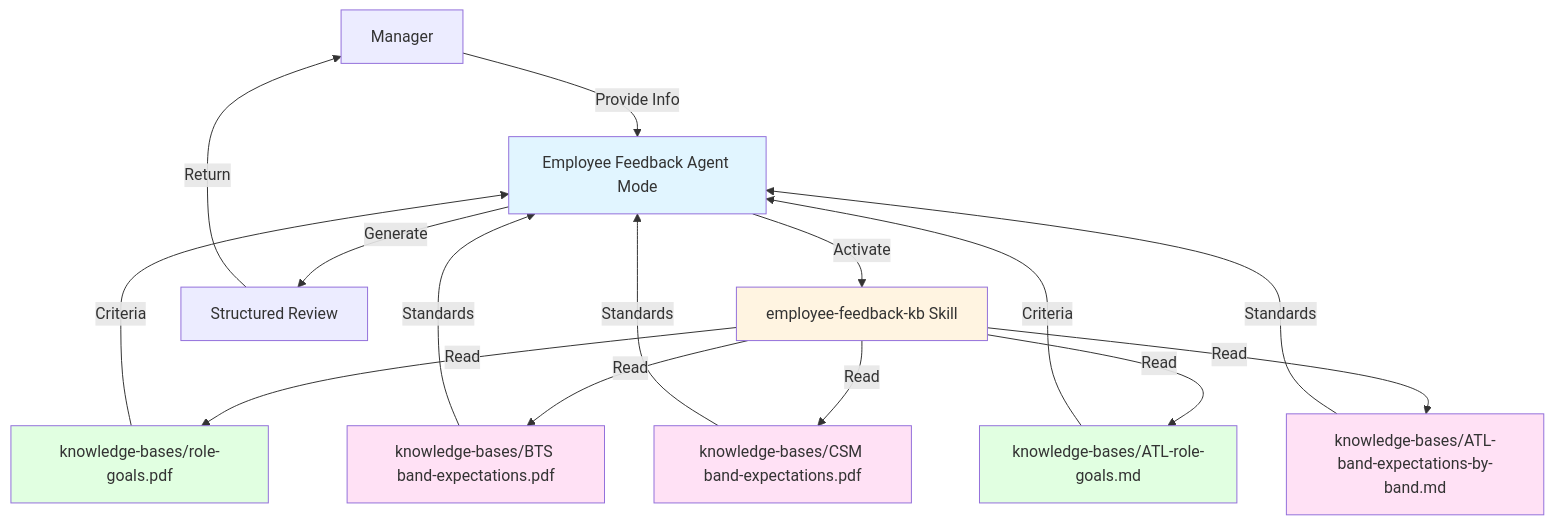
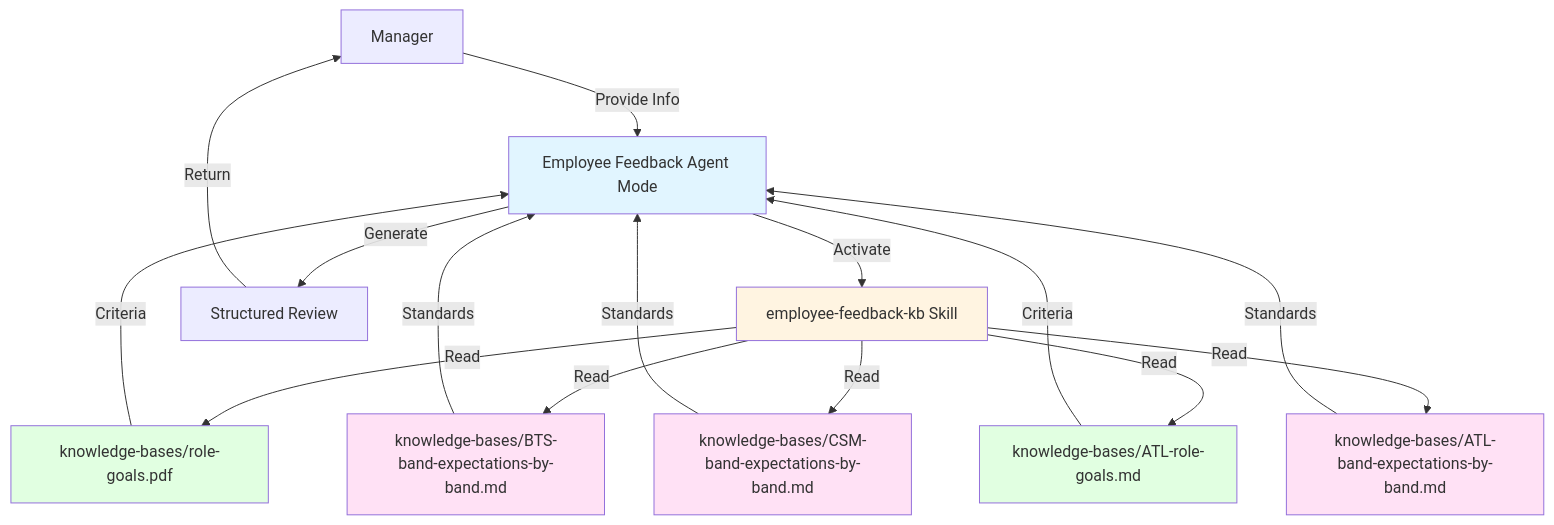
Before and after one commit to Tadanntlewis/employee-feedback-agent: the diagram in README.md, drawn with Mermaid. The commit also changed other lines of this file and 14 other files, not shown here.

Commit message:
Extract BTS and CSM band expectations by band; point mode, skill, WXO configs and docs at them

````diff
--- a/README.md
+++ b/README.md
@@ -42,25 +42,25 @@
 ```mermaid
 graph TB
     Manager[Manager] -->|Provide Info| Mode[Employee Feedback Agent Mode]
     Mode -->|Activate| Skill[employee-feedback-kb Skill]
     Skill -->|Read| RoleGoals[knowledge-bases/role-goals.pdf]
-    Skill -->|Read| BTSBand[knowledge-bases/BTS band-expectations.pdf]
-    Skill -->|Read| CSMBand[knowledge-bases/CSM band-expectations.pdf]
+    Skill -->|Read| BTSBand[knowledge-bases/BTS-band-expectations-by-band.md]
+    Skill -->|Read| CSMBand[knowledge-bases/CSM-band-expectations-by-band.md]
     Skill -->|Read| ATLGoals[knowledge-bases/ATL-role-goals.md]
     Skill -->|Read| ATLBand[knowledge-bases/ATL-band-expectations-by-band.md]
     RoleGoals -->|Criteria| Mode
     ATLGoals -->|Criteria| Mode
     BTSBand -->|Standards| Mode
     CSMBand -->|Standards| Mode
     ATLBand -->|Standards| Mode
     Mode -->|Generate| Review[Structured Review]
     Review -->|Return| Manager
 
     style Mode fill:#e1f5ff
     style Skill fill:#fff4e1
     style RoleGoals fill:#e1ffe1
     style BTSBand fill:#ffe1f5
     style CSMBand fill:#ffe1f5
     style ATLGoals fill:#e1ffe1
     style ATLBand fill:#ffe1f5
 ```
````
